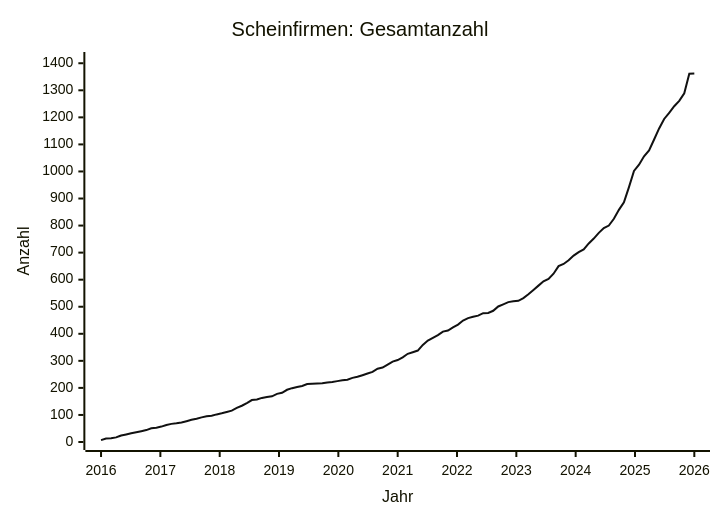
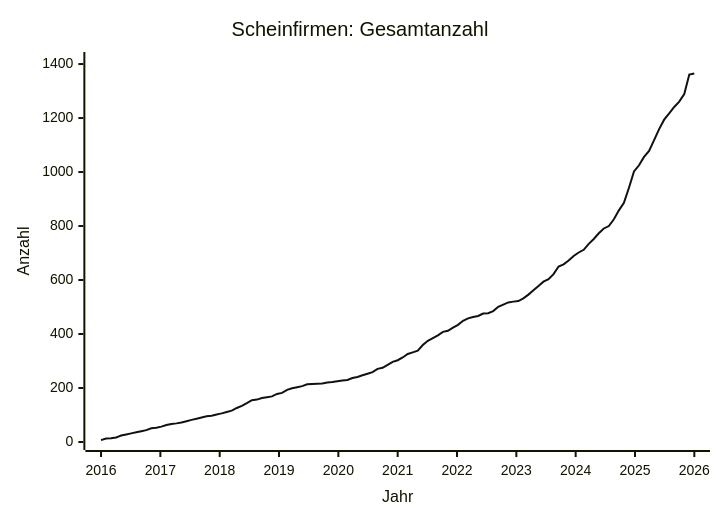
The diagram in data/STATS.md (arjoma/scheinfirmen-at), drawn with Mermaid before and after one commit. The commit also changed other lines of this file and 3 other files, not shown here.

````diff
--- a/data/STATS.md
+++ b/data/STATS.md
@@ -9,13 +9,13 @@
 ```mermaid
 ---
 config:
   themeVariables:
     xyChart:
       plotColorPalette: "#111111"
 ---
 xychart-beta
     title "Scheinfirmen: Gesamtanzahl"
     x-axis "Jahr" 2016 --> 2026
-    y-axis "Anzahl" 0 --> 1412
-    line [7, 13, 14, 17, 24, 28, 32, 36, 40, 44, 51, 53, 57, 63, 67, 69, 72, 77, 82, 86, 91, 95, 97, 102, 106, 111, 116, 126, 134, 144, 155, 157, 163, 166, 169, 178, 182, 193, 199, 203, 207, 214, 215, 216, 217, 220, 222, 225, 228, 230, 237, 241, 247, 253, 259, 271, 275, 286, 297, 303, 313, 326, 332, 338, 359, 375, 385, 395, 408, 412, 424, 434, 449, 458, 463, 467, 476, 477, 485, 501, 509, 517, 520, 522, 532, 546, 562, 578, 594, 603, 622, 650, 658, 672, 689, 702, 712, 734, 752, 773, 791, 800, 825, 858, 886, 942, 1002, 1025, 1056, 1078, 1118, 1159, 1194, 1217, 1241, 1261, 1289, 1361, 1362]
+    y-axis "Anzahl" 0 --> 1415
+    line [7, 13, 14, 17, 24, 28, 32, 36, 40, 44, 51, 53, 57, 63, 67, 69, 72, 77, 82, 86, 91, 95, 97, 102, 106, 111, 116, 126, 134, 144, 155, 157, 163, 166, 169, 178, 182, 193, 199, 203, 207, 214, 215, 216, 217, 220, 222, 225, 228, 230, 237, 241, 247, 253, 259, 271, 275, 286, 297, 303, 313, 326, 332, 338, 359, 375, 385, 395, 408, 412, 424, 434, 449, 458, 463, 467, 476, 477, 485, 501, 509, 517, 520, 522, 532, 546, 562, 578, 594, 603, 622, 650, 658, 672, 689, 702, 712, 734, 752, 773, 791, 800, 825, 858, 886, 942, 1002, 1025, 1056, 1078, 1118, 1159, 1194, 1217, 1241, 1261, 1289, 1361, 1365]
 ```
````
